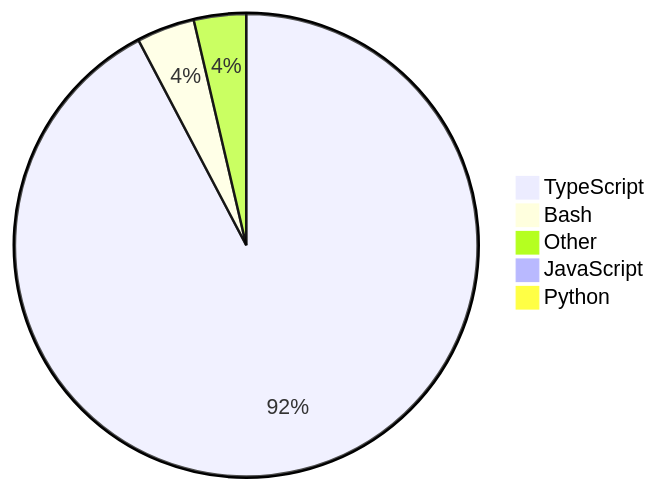
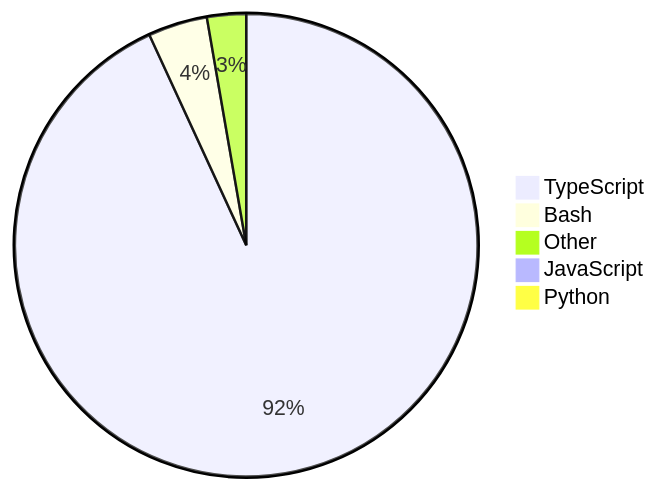
Before and after one commit to skvggor/skvggor: the diagram in README.md, drawn with Mermaid.

Commit message:
Updated waka-readme graph with new metrics

````diff
--- a/README.md
+++ b/README.md
@@ -14,8 +14,8 @@
 ```mermaid
 pie
-    "TypeScript" : 91.1
-    "Bash" : 4.0
-    "Other" : 3.6
+    "TypeScript" : 92.2
+    "Bash" : 4.1
+    "Other" : 2.7
     "JavaScript" : 0.4
     "Python" : 0.3
 ```
````
